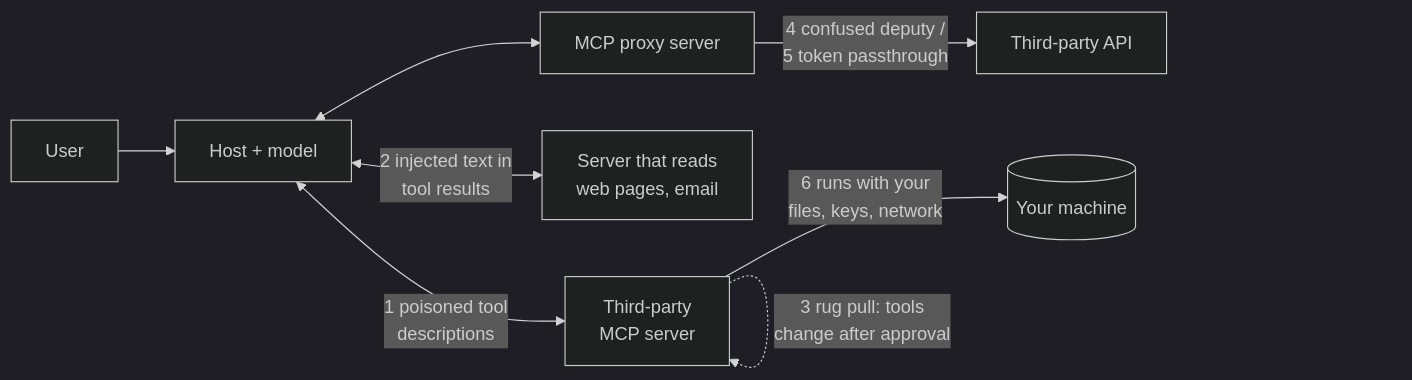
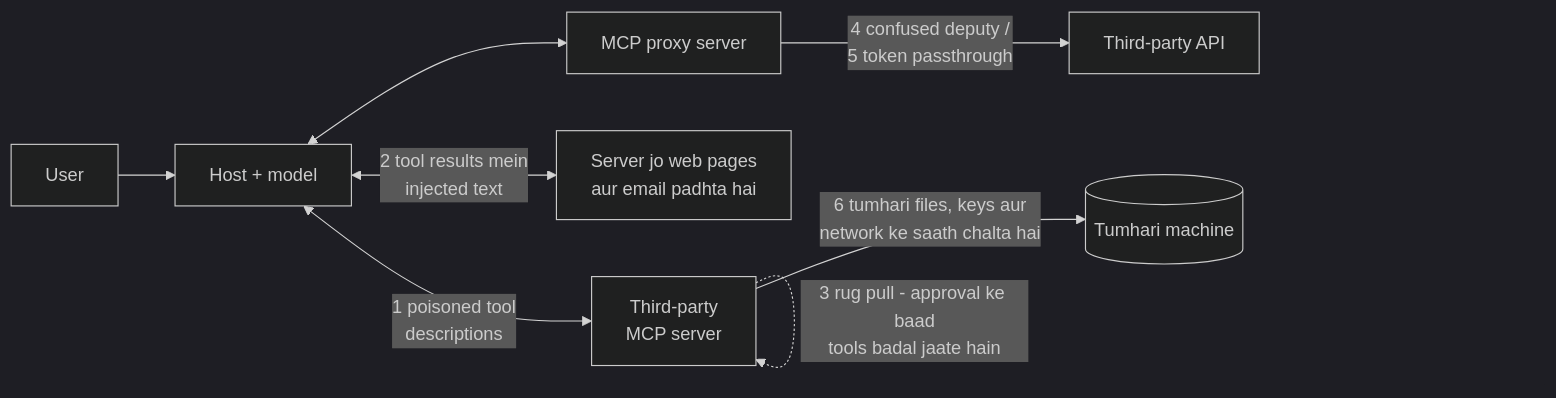
One commit to asmustechno/agentic-ai-notes changed the diagram in docs/04-model-context-protocol/04.6-mcp-security.md. Above: the diagram before and after it, drawn with Mermaid (dark theme). The commit also changed other lines of this file and 135 other files, not shown here.

````diff
--- a/docs/04-model-context-protocol/04.6-mcp-security.md
+++ b/docs/04-model-context-protocol/04.6-mcp-security.md
@@ -42,10 +42,10 @@
 ```mermaid
 flowchart LR
     U["User"] --> H["Host + model"]
     H <-->|"1 poisoned tool<br/>descriptions"| S1["Third-party<br/>MCP server"]
-    H <-->|"2 injected text in<br/>tool results"| S2["Server that reads<br/>web pages, email"]
-    S1 -.->|"3 rug pull: tools<br/>change after approval"| S1
+    H <-->|"2 tool results mein<br/>injected text"| S2["Server jo web pages<br/>aur email padhta hai"]
+    S1 -.->|"3 rug pull - approval ke baad<br/>tools badal jaate hain"| S1
     S3["MCP proxy server"] -->|"4 confused deputy /<br/>5 token passthrough"| API["Third-party API"]
     H <--> S3
-    S1 -->|"6 runs with your<br/>files, keys, network"| L[("Your machine")]
+    S1 -->|"6 tumhari files, keys aur<br/>network ke saath chalta hai"| L[("Tumhari machine")]
 ```
````
